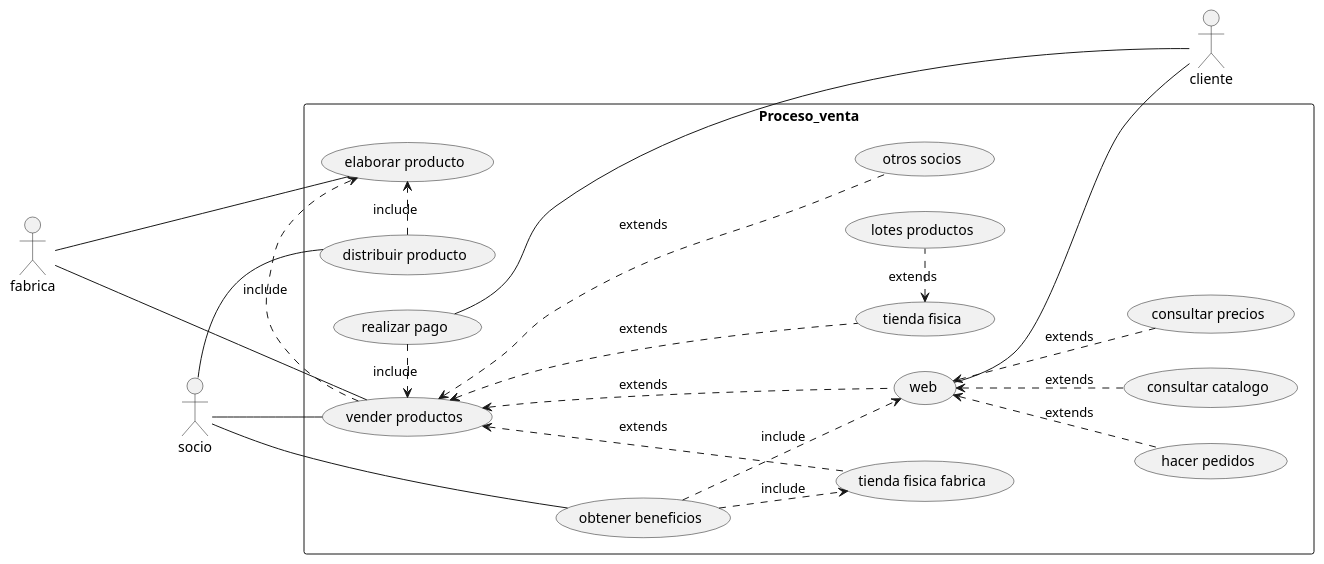
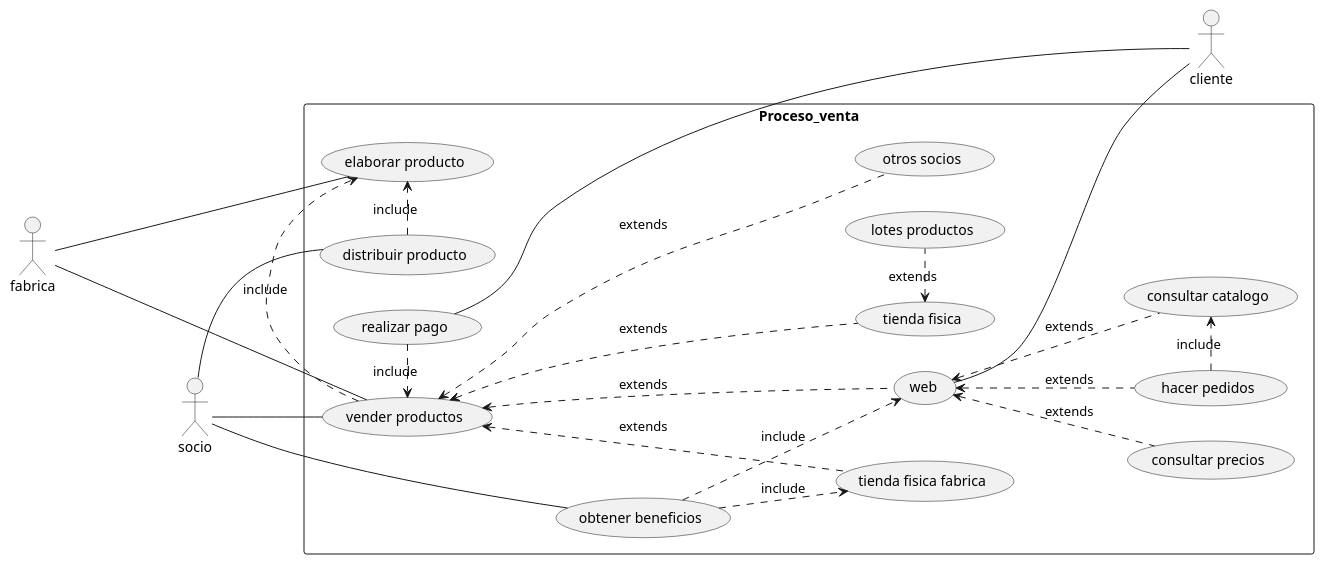
The diagram in usecase/ejercicio1.puml (eliadotor/PCV06-10), drawn with PlantUML before and after one commit.

Commit message:
Caso de uso fabrica de embutidos última versión

```diff
--- a/usecase/ejercicio1.puml
+++ b/usecase/ejercicio1.puml
@@ -1,29 +1,30 @@
 @startuml
 left to right direction
 skinparam packageStyle rectangle
 actor socio
 actor cliente
 actor fabrica
 rectangle Proceso_venta {
   (vender productos)  --up-- fabrica
   (elaborar producto) --up-- fabrica
   (vender productos) .> (elaborar producto) : include
   (distribuir producto) .> (elaborar producto) : include
   (vender productos) <... (tienda fisica fabrica) : extends
   (vender productos) <... (web): extends
   (vender productos) <... (tienda fisica) : extends
   (vender productos) <... (otros socios) : extends
   (tienda fisica) <. (lotes productos) : extends
   (realizar pago) .> (vender productos) : include
   socio -down- (vender productos)
   socio -- (distribuir producto)
   socio -- (obtener beneficios)
   (obtener beneficios) ..> (tienda fisica fabrica) : include
   (obtener beneficios) ..> (web) : include
   (web) -- cliente
   (web) <.. (consultar catalogo) : extends
   (web) <.. (consultar precios) : extends
   (web) <.. (hacer pedidos) : extends
+  (hacer pedidos) .> (consultar catalogo) : include
   (realizar pago) -- cliente
 }
 @enduml
```
